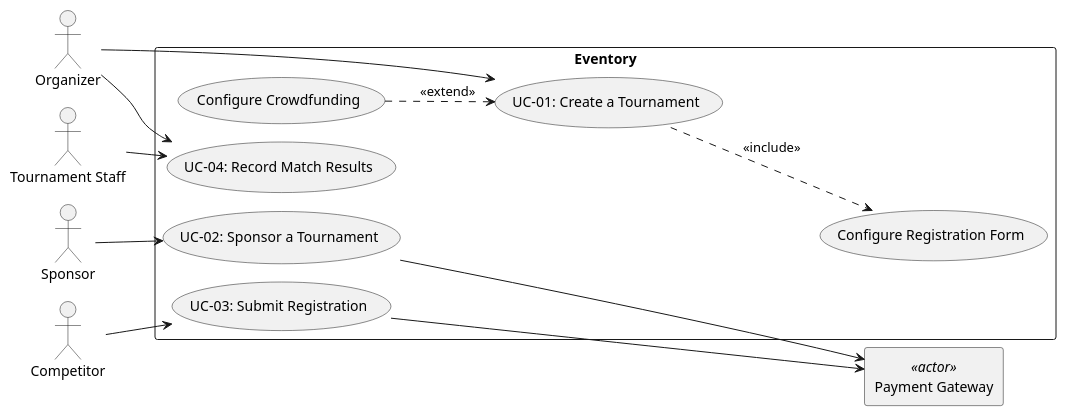
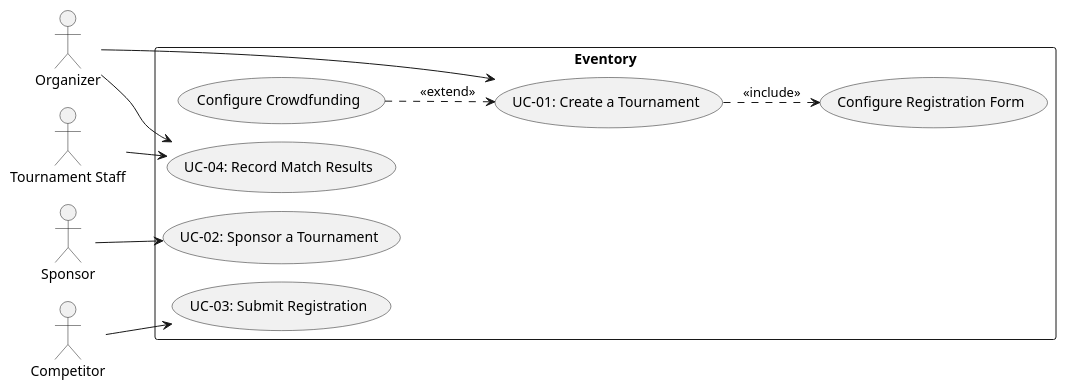
One commit to moomaideng/eventory changed the diagram in docs/arch/usecase-diagram.puml. Above: the diagram before and after it, drawn with PlantUML. The commit also changed 15 other files, not shown here.

Commit message:
docs: remove payment gateway

```diff
--- a/docs/arch/usecase-diagram.puml
+++ b/docs/arch/usecase-diagram.puml
@@ -1,36 +1,28 @@
 @startuml usecase-diagram
 left to right direction
 !pragma layout smetana
 
 actor Organizer
 actor "Tournament Staff" as Staff
 actor Sponsor
 actor Competitor
 
 rectangle Eventory {
   usecase "Configure Crowdfunding" as UCCrowd
   usecase "UC-01: Create a Tournament" as UC01
   usecase "Configure Registration Form" as UCForm
   usecase "UC-04: Record Match Results" as UC04
   usecase "UC-02: Sponsor a Tournament" as UC02
   usecase "UC-03: Submit Registration" as UC03
 }
 
-rectangle "Payment Gateway" as PayGW <<actor>>
-
 Organizer --> UC01
 Organizer --> UC04
 Staff --> UC04
 Sponsor --> UC02
 Competitor --> UC03
 
-UC02 --> PayGW
-UC03 --> PayGW
-
 UCCrowd ..> UC01 : <<extend>>
 UC01 ..> UCForm : <<include>>
 
-UCForm -[hidden]right-> PayGW
-UC04 -[hidden]right-> PayGW
-
 @enduml
```
